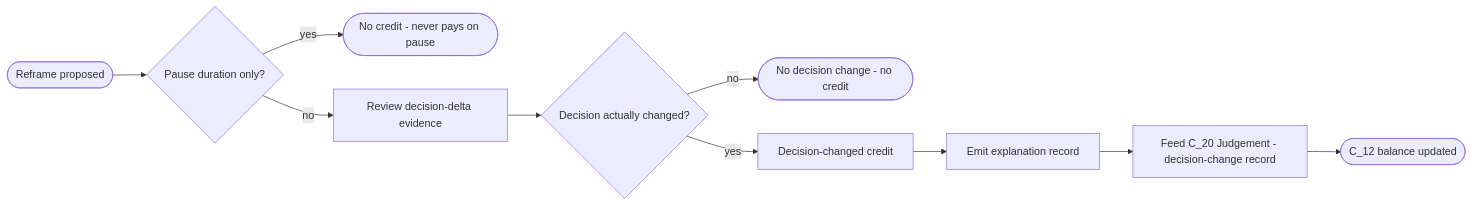
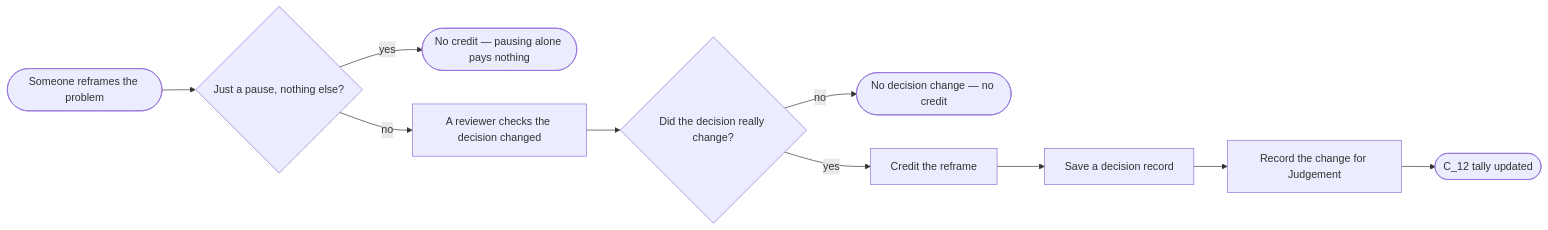
Before and after one commit to vijayee/resonantdao-example: diagram 15 of 24 in docs/contribution-economy/README.md, drawn with Mermaid. The commit also changed other lines of this file, not shown here.

````diff
--- a/docs/contribution-economy/README.md
+++ b/docs/contribution-economy/README.md
@@ -255,8 +252,8 @@
 ```mermaid
 flowchart LR
-  S([Reframe proposed]) --> G1{Pause duration only?}
-  G1 -->|yes| E1([No credit - never pays on pause])
-  G1 -->|no| RV[Review decision-delta evidence] --> G2{Decision actually changed?}
-  G2 -->|no| E2([No decision change - no credit])
-  G2 -->|yes| C[Decision-changed credit] --> RC[Emit explanation record] --> F20[Feed C_20 Judgement - decision-change record] --> E3([C_12 balance updated])
+  S([Someone reframes the problem]) --> G1{Just a pause, nothing else?}
+  G1 -->|yes| E1([No credit — pausing alone pays nothing])
+  G1 -->|no| RV[A reviewer checks the decision changed] --> G2{Did the decision really change?}
+  G2 -->|no| E2([No decision change — no credit])
+  G2 -->|yes| C[Credit the reframe] --> RC[Save a decision record] --> F20[Record the change for Judgement] --> E3([C_12 tally updated])
 ```
````
